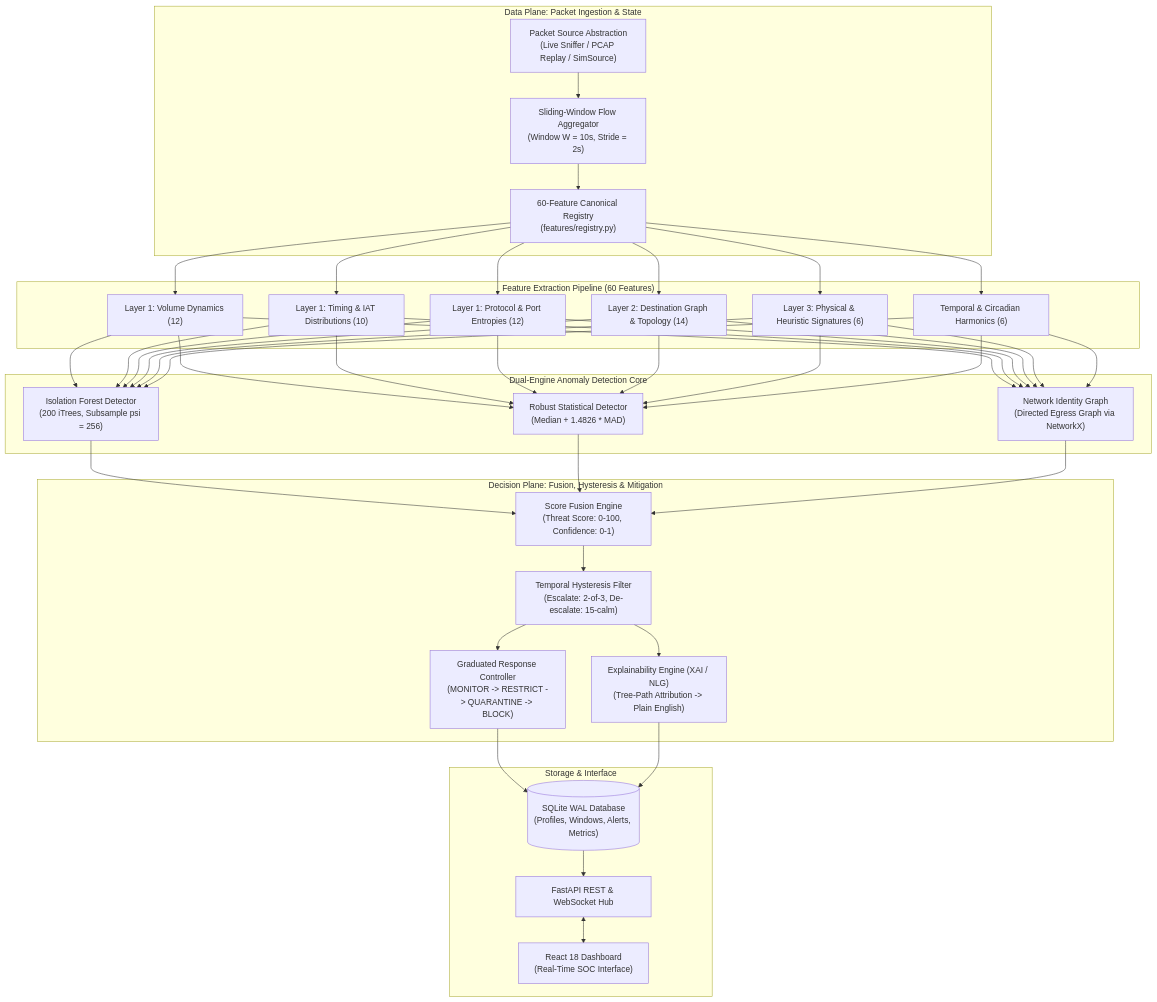
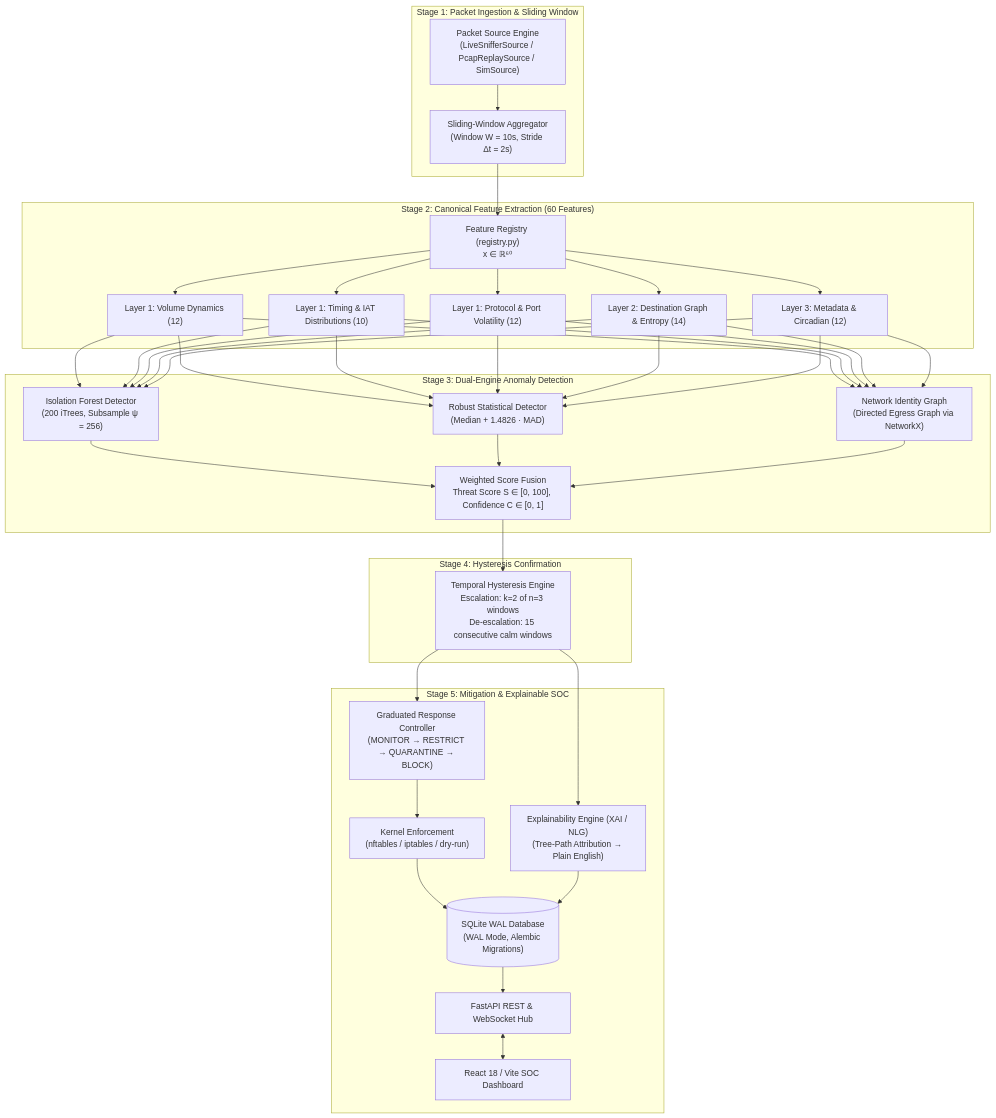
One commit to lumidren/Guardian changed the first of 6 diagrams in README.md. Above: the diagram before and after it, drawn with Mermaid. The commit also changed other lines of this file, not shown here.

First line of the commit message:
docs(readme): add architecture hero figures, pipeline flows, and Mermaid diagrams

````diff
--- a/README.md
+++ b/README.md
@@ -69,44 +37,43 @@
 ```mermaid
 flowchart TD
-    subgraph Data_Plane["Data Plane: Packet Ingestion & State"]
-        PktSource["Packet Source Abstraction\n(Live Sniffer / PCAP Replay / SimSource)"]
-        FlowTracker["Sliding-Window Flow Aggregator\n(Window W = 10s, Stride = 2s)"]
-        Registry["60-Feature Canonical Registry\n(features/registry.py)"]
+    subgraph S1["Stage 1: Packet Ingestion & Sliding Window"]
+        SRC["Packet Source Engine\n(LiveSnifferSource / PcapReplaySource / SimSource)"]
+        WIN["Sliding-Window Aggregator\n(Window W = 10s, Stride Δt = 2s)"]
     end
 
-    subgraph Feature_Extraction["Feature Extraction Pipeline (60 Features)"]
-        L1_Vol["Layer 1: Volume Dynamics (12)"]
-        L1_Time["Layer 1: Timing & IAT Distributions (10)"]
-        L1_Proto["Layer 1: Protocol & Port Entropies (12)"]
-        L2_Net["Layer 2: Destination Graph & Topology (14)"]
-        L3_Phys["Layer 3: Physical & Heuristic Signatures (6)"]
-        Temp["Temporal & Circadian Harmonics (6)"]
+    subgraph S2["Stage 2: Canonical Feature Extraction (60 Features)"]
+        REG["Feature Registry (registry.py)\nx ∈ ℝ⁶⁰"]
+        L1_VOL["Layer 1: Volume Dynamics (12)"]
+        L1_TIM["Layer 1: Timing & IAT Distributions (10)"]
+        L1_PRO["Layer 1: Protocol & Port Volatility (12)"]
+        L2_NET["Layer 2: Destination Graph & Entropy (14)"]
+        L3_PHY["Layer 3: Metadata & Circadian (12)"]
     end
 
-    subgraph Anomaly_Core["Dual-Engine Anomaly Detection Core"]
-        IForest["Isolation Forest Detector\n(200 iTrees, Subsample psi = 256)"]
-        RobustZ["Robust Statistical Detector\n(Median + 1.4826 * MAD)"]
-        NetGraph["Network Identity Graph\n(Directed Egress Graph via NetworkX)"]
+    subgraph S3["Stage 3: Dual-Engine Anomaly Detection"]
+        IFOREST["Isolation Forest Detector\n(200 iTrees, Subsample ψ = 256)"]
+        ROBUSTZ["Robust Statistical Detector\n(Median + 1.4826 · MAD)"]
+        NETGRAPH["Network Identity Graph\n(Directed Egress Graph via NetworkX)"]
+        FUSION["Weighted Score Fusion\nThreat Score S ∈ [0, 100], Confidence C ∈ [0, 1]"]
     end
 
-    subgraph Decision_Plane["Decision Plane: Fusion, Hysteresis & Mitigation"]
-        Fusion["Score Fusion Engine\n(Threat Score: 0-100, Confidence: 0-1)"]
-        Hysteresis["Temporal Hysteresis Filter\n(Escalate: 2-of-3, De-escalate: 15-calm)"]
-        Response["Graduated Response Controller\n(MONITOR -> RESTRICT -> QUARANTINE -> BLOCK)"]
-        XAI["Explainability Engine (XAI / NLG)\n(Tree-Path Attribution -> Plain English)"]
+    subgraph S4["Stage 4: Hysteresis Confirmation"]
+        HYST["Temporal Hysteresis Engine\nEscalation: k=2 of n=3 windows\nDe-escalation: 15 consecutive calm windows"]
     end
 
-    subgraph Storage_Control["Storage & Interface"]
-        DB[("SQLite WAL Database\n(Profiles, Windows, Alerts, Metrics)")]
-        FastAPI["FastAPI REST & WebSocket Hub"]
-        UI["React 18 Dashboard\n(Real-Time SOC Interface)"]
+    subgraph S5["Stage 5: Mitigation & Explainable SOC"]
+        RESP["Graduated Response Controller\n(MONITOR → RESTRICT → QUARANTINE → BLOCK)"]
+        NFT["Kernel Enforcement\n(nftables / iptables / dry-run)"]
+        XAI["Explainability Engine (XAI / NLG)\n(Tree-Path Attribution → Plain English)"]
+        DB[("SQLite WAL Database\n(WAL Mode, Alembic Migrations)")]
+        API["FastAPI REST & WebSocket Hub"]
+        DASH["React 18 / Vite SOC Dashboard"]
     end
 
-    PktSource --> FlowTracker --> Registry
-    Registry --> L1_Vol & L1_Time & L1_Proto & L2_Net & L3_Phys & Temp
-    L1_Vol & L1_Time & L1_Proto & L2_Net & L3_Phys & Temp --> IForest & RobustZ & NetGraph
-    IForest & RobustZ & NetGraph --> Fusion --> Hysteresis --> Response & XAI
-    Response --> DB
-    XAI --> DB
-    DB --> FastAPI <--> UI
+    SRC --> WIN --> REG
+    REG --> L1_VOL & L1_TIM & L1_PRO & L2_NET & L3_PHY
+    L1_VOL & L1_TIM & L1_PRO & L2_NET & L3_PHY --> IFOREST & ROBUSTZ & NETGRAPH
+    IFOREST & ROBUSTZ & NETGRAPH --> FUSION --> HYST --> RESP & XAI
+    RESP --> NFT --> DB
+    XAI --> DB --> API <--> DASH
 ```
````
